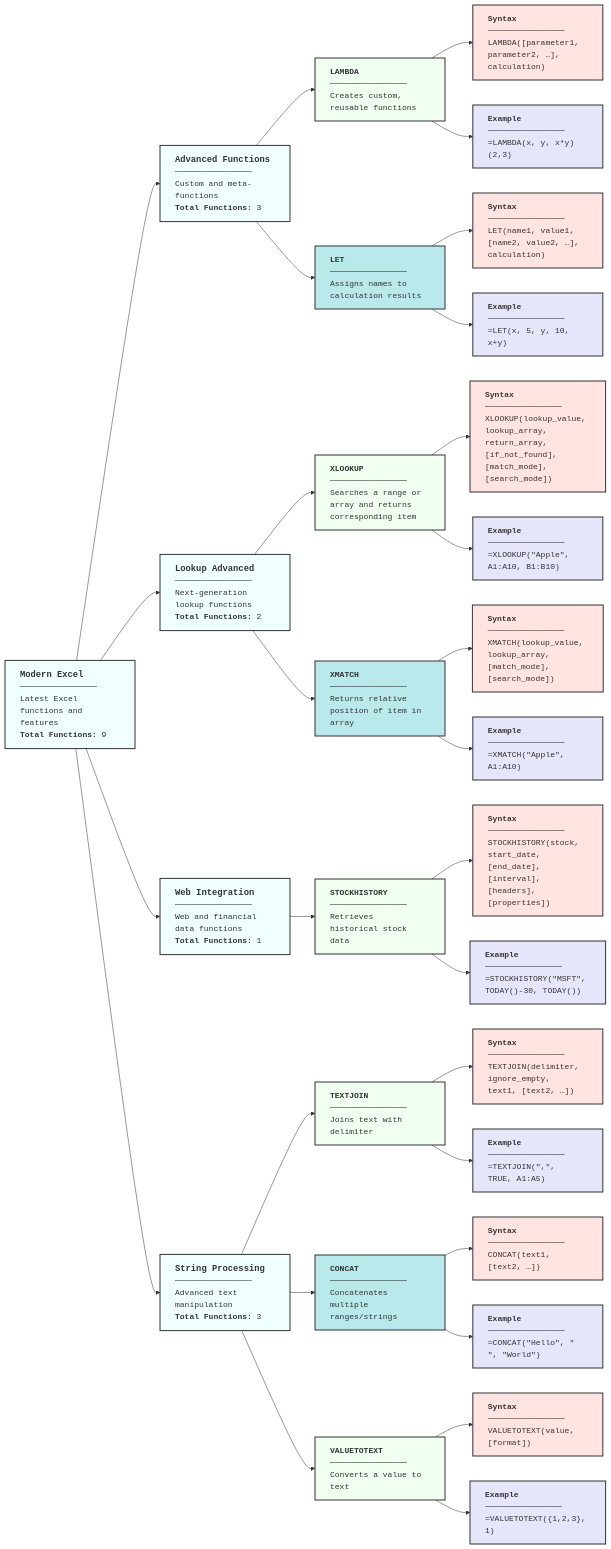
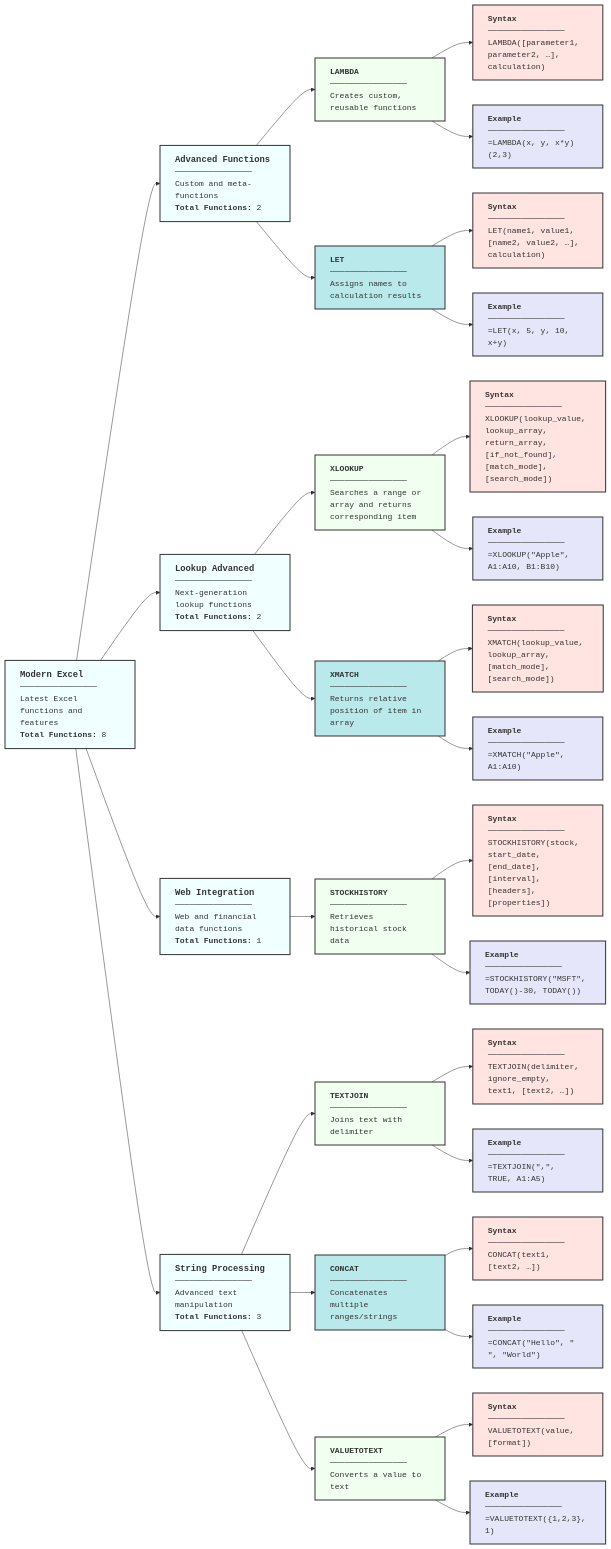
Before and after one commit to klappe-pm/Spreadsheet-Functions: the diagram in Diagrams/Functions-Modern Excel (VIF).md, drawn with Mermaid. The commit also changed other lines of this file and 15 other files, not shown here.

First line of the commit message:
Review Engineering, Financial, Cube and array diagrams

````diff
--- a/Diagrams/Functions-Modern Excel (VIF).md
+++ b/Diagrams/Functions-Modern Excel (VIF).md
@@ -20,62 +46,62 @@
 ```mermaid
 
 graph LR
-    A["<div align='left' style='font-family: MonoLisa, monospace;'><b style='font-size: 1.1em;'>Modern Excel</b><br/>────────────────<br/>Latest Excel functions and features<br/><b>Total Functions:</b> 9</div>"] --> B["<div align='left' style='font-family: MonoLisa, monospace;'><b style='font-size: 1.1em;'>Advanced Functions</b><br/>────────────────<br/>Custom and meta-functions<br/><b>Total Functions:</b> 3</div>"]
-    
+    A["<div align='left' style='font-family: MonoLisa, monospace;'><b style='font-size: 1.1em;'>Modern Excel</b><br/>────────────────<br/>Latest Excel functions and features<br/><b>Total Functions:</b> 8</div>"] --> B["<div align='left' style='font-family: MonoLisa, monospace;'><b style='font-size: 1.1em;'>Advanced Functions</b><br/>────────────────<br/>Custom and meta-functions<br/><b>Total Functions:</b> 2</div>"]
+
     A --> C["<div align='left' style='font-family: MonoLisa, monospace;'><b style='font-size: 1.1em;'>Lookup Advanced</b><br/>────────────────<br/>Next-generation lookup functions<br/><b>Total Functions:</b> 2</div>"]
-    
+
     A --> D["<div align='left' style='font-family: MonoLisa, monospace;'><b style='font-size: 1.1em;'>Web Integration</b><br/>────────────────<br/>Web and financial data functions<br/><b>Total Functions:</b> 1</div>"]
-    
+
     A --> E["<div align='left' style='font-family: MonoLisa, monospace;'><b style='font-size: 1.1em;'>String Processing</b><br/>────────────────<br/>Advanced text manipulation<br/><b>Total Functions:</b> 3</div>"]
-    
+
     B --> LAMBDA["<div align='left' style='font-family: MonoLisa, monospace;'><b>LAMBDA</b><br/>────────────────<br/>Creates custom, reusable functions</div>"]
-    
+
     LAMBDA --> LAMBDASYNTAX["<div align='left' style='font-family: MonoLisa, monospace;'><b>Syntax</b><br/>────────────────<br/>LAMBDA([parameter1, parameter2, …], calculation)</div>"]
-    
+
     LAMBDA --> LAMBDAEXAMPLE["<div align='left' style='font-family: MonoLisa, monospace;'><b>Example</b><br/>────────────────<br/>=LAMBDA(x, y, x*y)(2,3)</div>"]
-    
+
     B --> LET["<div align='left' style='font-family: MonoLisa, monospace;'><b>LET</b><br/>────────────────<br/>Assigns names to calculation results</div>"]
-    
+
     LET --> LETSYNTAX["<div align='left' style='font-family: MonoLisa, monospace;'><b>Syntax</b><br/>────────────────<br/>LET(name1, value1, [name2, value2, …], calculation)</div>"]
-    
+
     LET --> LETEXAMPLE["<div align='left' style='font-family: MonoLisa, monospace;'><b>Example</b><br/>────────────────<br/>=LET(x, 5, y, 10, x+y)</div>"]
-    
+
     C --> XLOOKUP["<div align='left' style='font-family: MonoLisa, monospace;'><b>XLOOKUP</b><br/>────────────────<br/>Searches a range or array and returns corresponding item</div>"]
-    
+
     XLOOKUP --> XLOOKUPSYNTAX["<div align='left' style='font-family: MonoLisa, monospace;'><b>Syntax</b><br/>────────────────<br/>XLOOKUP(lookup_value, lookup_array, return_array, [if_not_found], [match_mode], [search_mode])</div>"]
-    
+
     XLOOKUP --> XLOOKUPEXAMPLE["<div align='left' style='font-family: MonoLisa, monospace;'><b>Example</b><br/>────────────────<br/>=XLOOKUP(&quot;Apple&quot;, A1:A10, B1:B10)</div>"]
-    
+
     C --> XMATCH["<div align='left' style='font-family: MonoLisa, monospace;'><b>XMATCH</b><br/>────────────────<br/>Returns relative position of item in array</div>"]
-    
+
     XMATCH --> XMATCHSYNTAX["<div align='left' style='font-family: MonoLisa, monospace;'><b>Syntax</b><br/>────────────────<br/>XMATCH(lookup_value, lookup_array, [match_mode], [search_mode])</div>"]
-    
+
     XMATCH --> XMATCHEXAMPLE["<div align='left' style='font-family: MonoLisa, monospace;'><b>Example</b><br/>────────────────<br/>=XMATCH(&quot;Apple&quot;, A1:A10)</div>"]
-    
+
     D --> STOCKHISTORY["<div align='left' style='font-family: MonoLisa, monospace;'><b>STOCKHISTORY</b><br/>────────────────<br/>Retrieves historical stock data</div>"]
-    
+
     STOCKHISTORY --> STOCKHISTORYSYNTAX["<div align='left' style='font-family: MonoLisa, monospace;'><b>Syntax</b><br/>────────────────<br/>STOCKHISTORY(stock, start_date, [end_date], [interval], [headers], [properties])</div>"]
-    
+
     STOCKHISTORY --> STOCKHISTORYEXAMPLE["<div align='left' style='font-family: MonoLisa, monospace;'><b>Example</b><br/>────────────────<br/>=STOCKHISTORY(&quot;MSFT&quot;, TODAY()-30, TODAY())</div>"]
-    
+
     E --> TEXTJOIN["<div align='left' style='font-family: MonoLisa, monospace;'><b>TEXTJOIN</b><br/>────────────────<br/>Joins text with delimiter</div>"]
-    
+
     TEXTJOIN --> TEXTJOINSYNTAX["<div align='left' style='font-family: MonoLisa, monospace;'><b>Syntax</b><br/>────────────────<br/>TEXTJOIN(delimiter, ignore_empty, text1, [text2, …])</div>"]
-    
+
     TEXTJOIN --> TEXTJOINEXAMPLE["<div align='left' style='font-family: MonoLisa, monospace;'><b>Example</b><br/>────────────────<br/>=TEXTJOIN(&quot;,&quot;, TRUE, A1:A5)</div>"]
-    
+
     E --> CONCAT["<div align='left' style='font-family: MonoLisa, monospace;'><b>CONCAT</b><br/>────────────────<br/>Concatenates multiple ranges/strings</div>"]
-    
+
     CONCAT --> CONCATSYNTAX["<div align='left' style='font-family: MonoLisa, monospace;'><b>Syntax</b><br/>────────────────<br/>CONCAT(text1, [text2, …])</div>"]
-    
+
     CONCAT --> CONCATEXAMPLE["<div align='left' style='font-family: MonoLisa, monospace;'><b>Example</b><br/>────────────────<br/>=CONCAT(&quot;Hello&quot;, &quot; &quot;, &quot;World&quot;)</div>"]
-    
+
     E --> VALUETOTEXT["<div align='left' style='font-family: MonoLisa, monospace;'><b>VALUETOTEXT</b><br/>────────────────<br/>Converts a value to text</div>"]
-    
+
     VALUETOTEXT --> VALUETOTEXTSYNTAX["<div align='left' style='font-family: MonoLisa, monospace;'><b>Syntax</b><br/>────────────────<br/>VALUETOTEXT(value, [format])</div>"]
-    
+
     VALUETOTEXT --> VALUETOTEXTEXAMPLE["<div align='left' style='font-family: MonoLisa, monospace;'><b>Example</b><br/>────────────────<br/>=VALUETOTEXT({1,2,3}, 1)</div>"]
-    
+
     style A fill:#F0FFFF,stroke:#333,stroke-width:2px
     style B fill:#F0FFFF,stroke:#333,stroke-width:2px
     style C fill:#F0FFFF,stroke:#333,stroke-width:2px
@@ -105,6 +131,6 @@
     style VALUETOTEXT fill:#F0FFF0,stroke:#333,stroke-width:2px
     style VALUETOTEXTSYNTAX fill:#FFE4E1,stroke:#333,stroke-width:2px
     style VALUETOTEXTEXAMPLE fill:#E6E6FA,stroke:#333,stroke-width:2px
-    
-    
+
+
 ```
````
